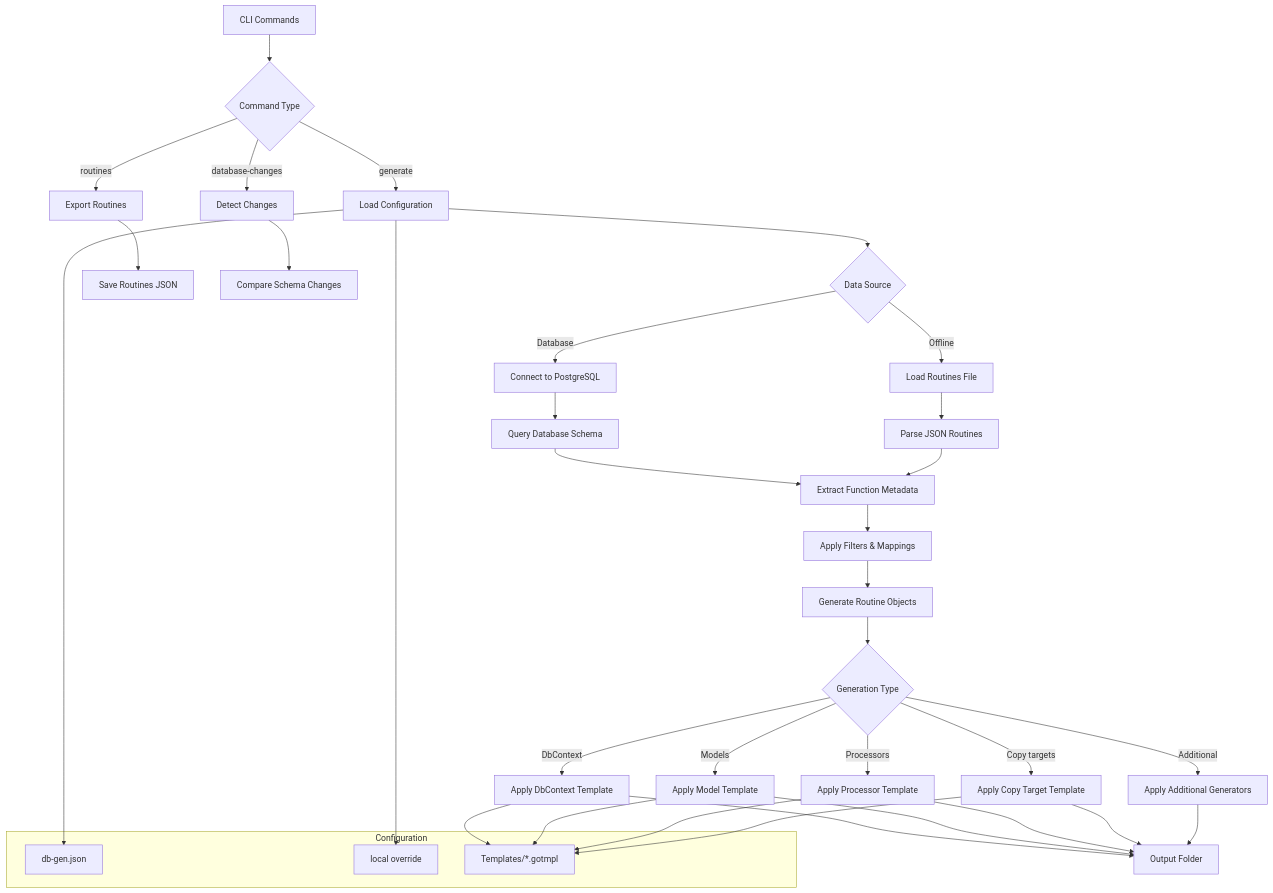
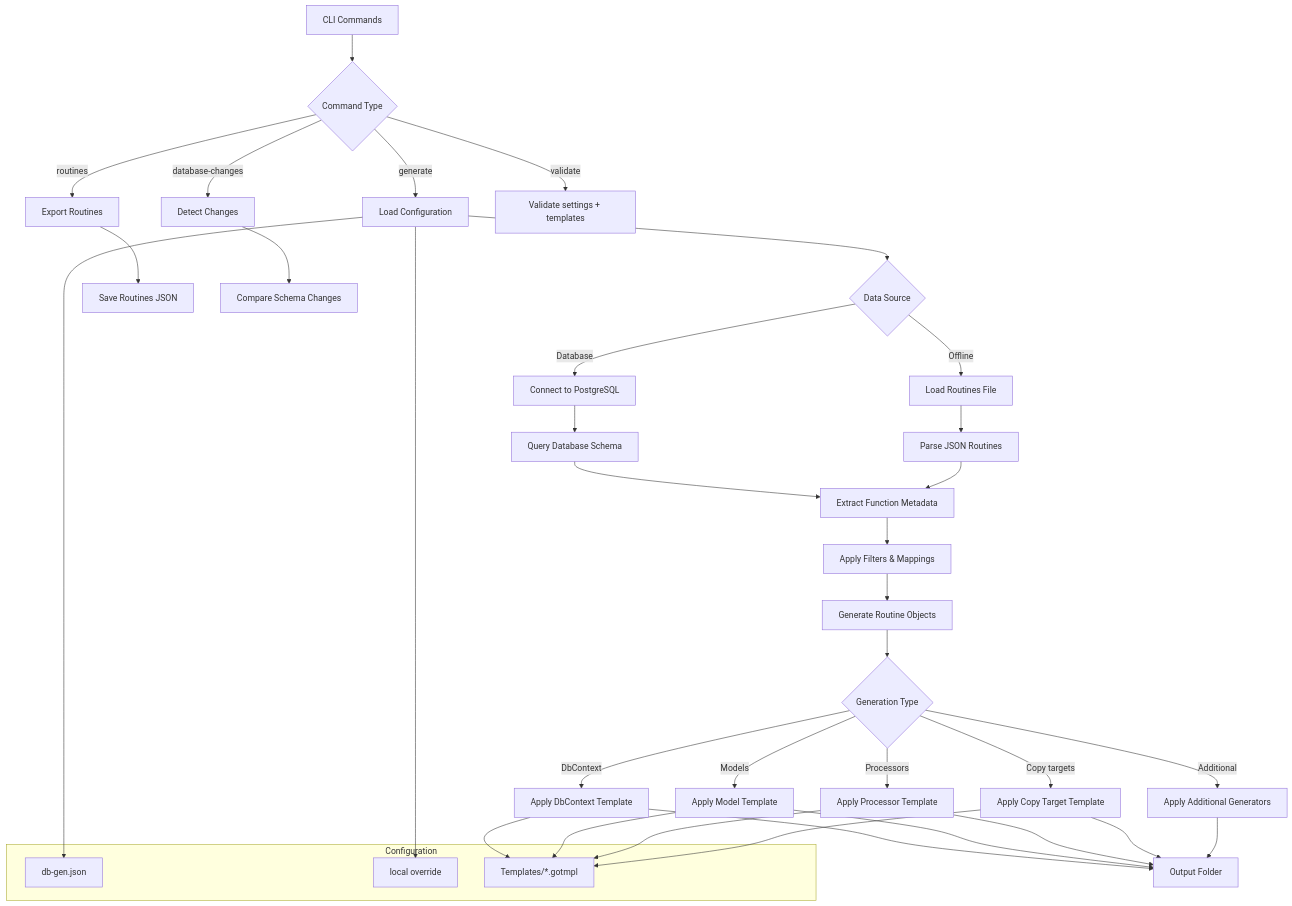
The diagram in docs/usage.md (KeenMate/db-gen), drawn with Mermaid before and after one commit. The commit also changed other lines of this file and 6 other files, not shown here.

First line of the commit message:
feat: add `validate` command for config and templates

````diff
--- a/docs/usage.md
+++ b/docs/usage.md
@@ -88,48 +106,49 @@
 ```mermaid
 graph TD
     A[CLI Commands] --> B{Command Type}
     B -->|generate| C[Load Configuration]
     B -->|routines| D[Export Routines]
     B -->|database-changes| E[Detect Changes]
+    B -->|validate| VAL[Validate settings + templates]
 
     C --> F{Data Source}
     F -->|Database| G[Connect to PostgreSQL]
     F -->|Offline| H[Load Routines File]
 
     G --> I[Query Database Schema]
     H --> J[Parse JSON Routines]
     I --> K[Extract Function Metadata]
     J --> K
 
     K --> L[Apply Filters & Mappings]
     L --> M[Generate Routine Objects]
 
     M --> N{Generation Type}
     N -->|DbContext| O[Apply DbContext Template]
     N -->|Models| P[Apply Model Template]
     N -->|Processors| Q[Apply Processor Template]
     N -->|Copy targets| CT[Apply Copy Target Template]
     N -->|Additional| AG[Apply Additional Generators]
 
     O --> U[Output Folder]
     P --> U
     Q --> U
     CT --> U
     AG --> U
 
     D --> V[Save Routines JSON]
     E --> W[Compare Schema Changes]
 
     subgraph "Configuration"
         X[db-gen.json]
         Y[local override]
         Z[Templates/*.gotmpl]
     end
 
     C --> X
     C --> Y
     O --> Z
     P --> Z
     Q --> Z
     CT --> Z
 ```
````
